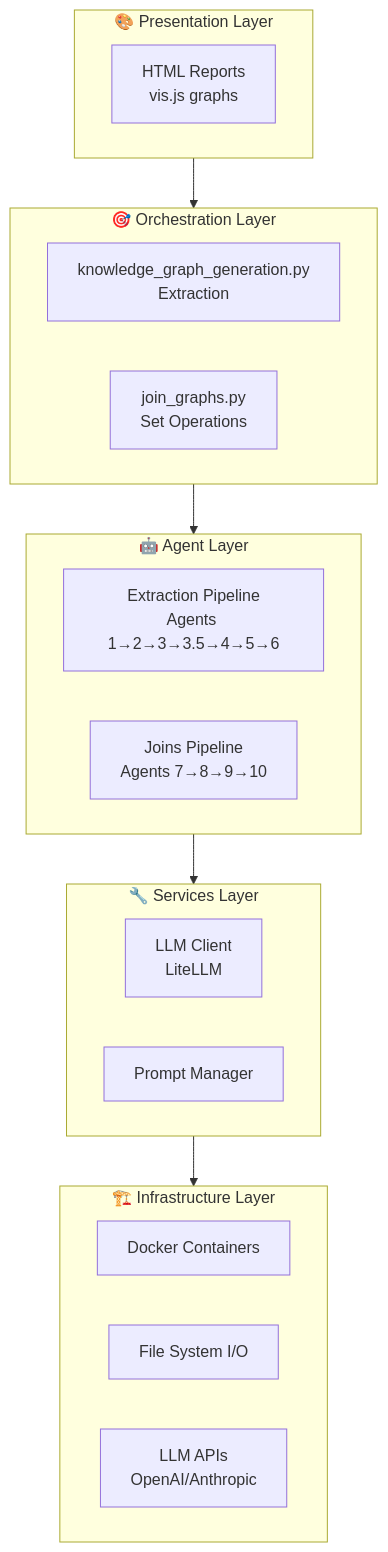
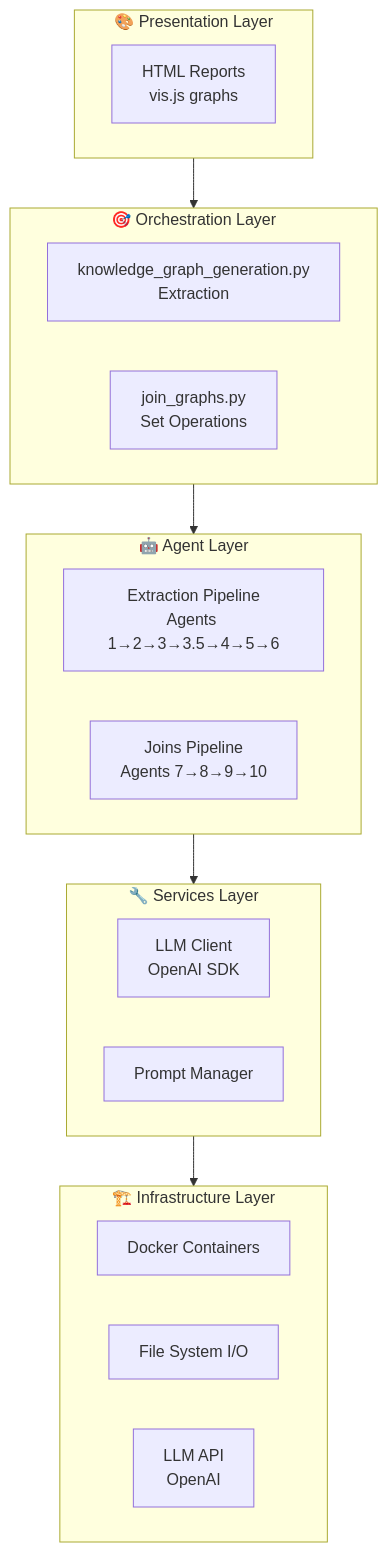
The second of 14 diagrams in pipeline/docs/ARCHITECTURE.md (rrahimi-uci/policy-to-knowledge), drawn with Mermaid before and after one commit. The commit also changed other lines of this file and 59 other files, not shown here.

First line of the commit message:
Drop litellm + Anthropic (OpenAI-only); flatten pipeline output paths

````diff
--- a/pipeline/docs/ARCHITECTURE.md
+++ b/pipeline/docs/ARCHITECTURE.md
@@ -40,33 +40,33 @@
 ```mermaid
 flowchart TB
     subgraph Presentation["🎨 Presentation Layer"]
         HTML[HTML Reports<br/>vis.js graphs]
     end
 
     subgraph Orchestration["🎯 Orchestration Layer"]
         MAIN[knowledge_graph_generation.py<br/>Extraction]
         JOINS[join_graphs.py<br/>Set Operations]
     end
 
     subgraph Agents["🤖 Agent Layer"]
         direction LR
         EXT[Extraction Pipeline<br/>Agents 1→2→3→3.5→4→5→6]
         JOIN[Joins Pipeline<br/>Agents 7→8→9→10]
     end
 
     subgraph Services["🔧 Services Layer"]
-        LLMC[LLM Client<br/>LiteLLM]
+        LLMC[LLM Client<br/>OpenAI SDK]
         PM[Prompt Manager]
     end
 
     subgraph Infrastructure["🏗️ Infrastructure Layer"]
         DOCKER[Docker Containers]
         FS[File System I/O]
-        API[LLM APIs<br/>OpenAI/Anthropic]
+        API[LLM API<br/>OpenAI]
     end
 
     Presentation --> Orchestration
     Orchestration --> Agents
     Agents --> Services
     Services --> Infrastructure
 ```
````
